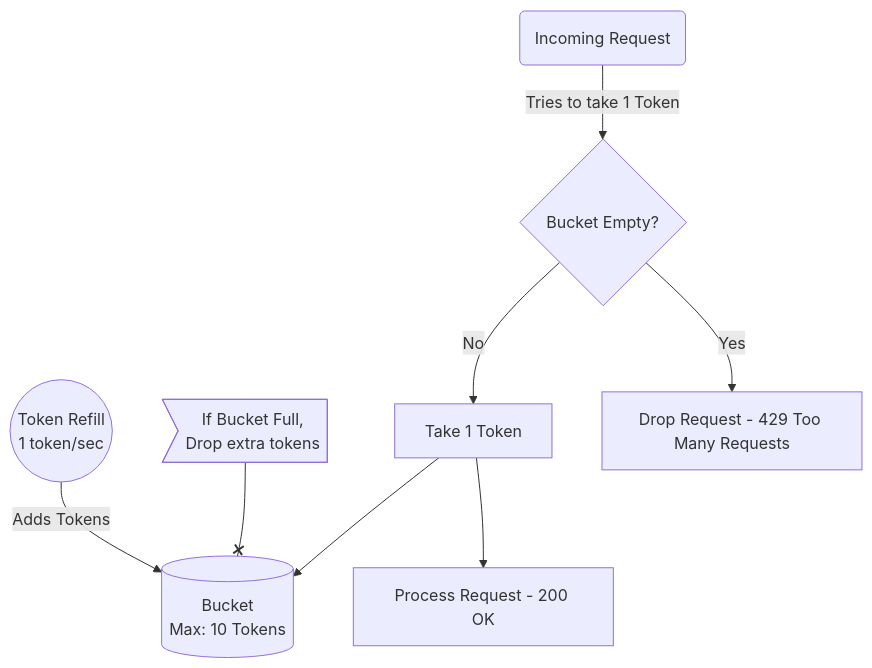
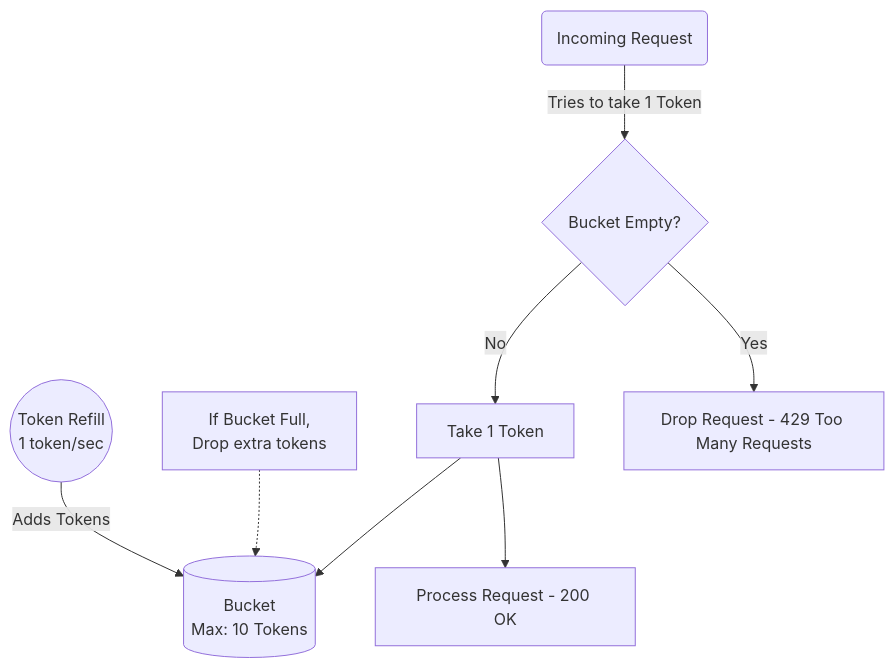
One commit to arjunraghurama/user-rate-limit changed the diagram in docs/algorithms/token-bucket.md. Above: the diagram before and after it, drawn with Mermaid. The commit also changed 5 other files, not shown here.

````diff
--- a/docs/algorithms/token-bucket.md
+++ b/docs/algorithms/token-bucket.md
@@ -15,12 +15,12 @@
 ```mermaid
 graph TD
     Refill((Token Refill<br/>1 token/sec)) -->|Adds Tokens| Bucket[(Bucket<br/>Max: 10 Tokens)]
-    DropRefill>If Bucket Full,<br/>Drop extra tokens] --x Bucket
+    DropRefill[If Bucket Full,<br/>Drop extra tokens] -.-> Bucket
     
     Req(Incoming Request) -->|Tries to take 1 Token| Check{Bucket Empty?}
     Check -->|No| Take[Take 1 Token]
     Take --> Bucket
     Take --> Processed[Process Request - 200 OK]
     
     Check -->|Yes| Drop[Drop Request - 429 Too Many Requests]
 ```
````
